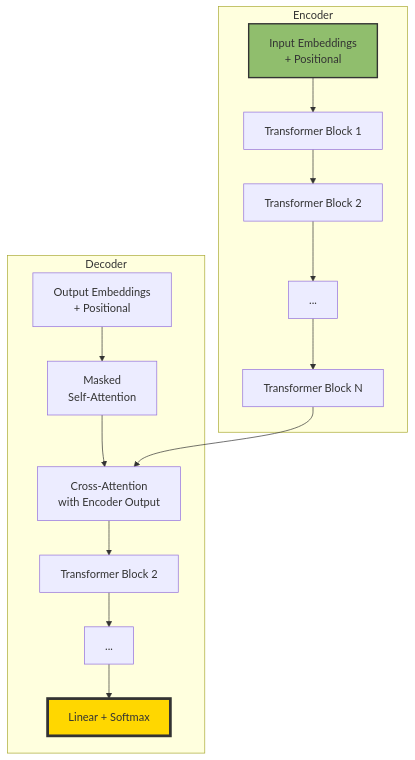
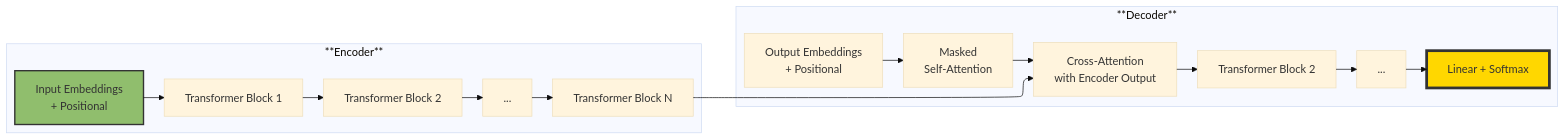
The fifth of 5 diagrams in The 2026 AI Metromap/The 2026 AI Metromap: Transformers & Attention – The Station That Changed Everything.md (Vineet-Sharma-Medium-Stories/Medium-Build-Tool), drawn with Mermaid before and after one commit. The commit also changed other lines of this file and 37 other files, not shown here.

````diff
--- a/The 2026 AI Metromap/The 2026 AI Metromap: Transformers & Attention – The Station That Changed Everything.md
+++ b/The 2026 AI Metromap/The 2026 AI Metromap: Transformers & Attention – The Station That Changed Everything.md
@@ -610,22 +631,27 @@
 ```mermaid
-graph TD
-    subgraph "Encoder"
+---
+config:
+  theme: base
+  layout: elk
+---
+graph LR
+    subgraph "**Encoder**"
         I1[Input Embeddings<br/>+ Positional] --> E1[Transformer Block 1]
         E1 --> E2[Transformer Block 2]
         E2 --> E3[...]
         E3 --> E4[Transformer Block N]
     end
     
-    subgraph "Decoder"
+    subgraph "**Decoder**"
         O1[Output Embeddings<br/>+ Positional] --> D1[Masked<br/>Self-Attention]
         D1 --> D2[Cross-Attention<br/>with Encoder Output]
         D2 --> D3[Transformer Block 2]
         D3 --> D4[...]
         D4 --> D5[Linear + Softmax]
     end
     
     E4 --> D2
     
     style I1 fill:#90be6d,stroke:#333,stroke-width:2px
     style D5 fill:#ffd700,stroke:#333,stroke-width:4px
 ```
````
